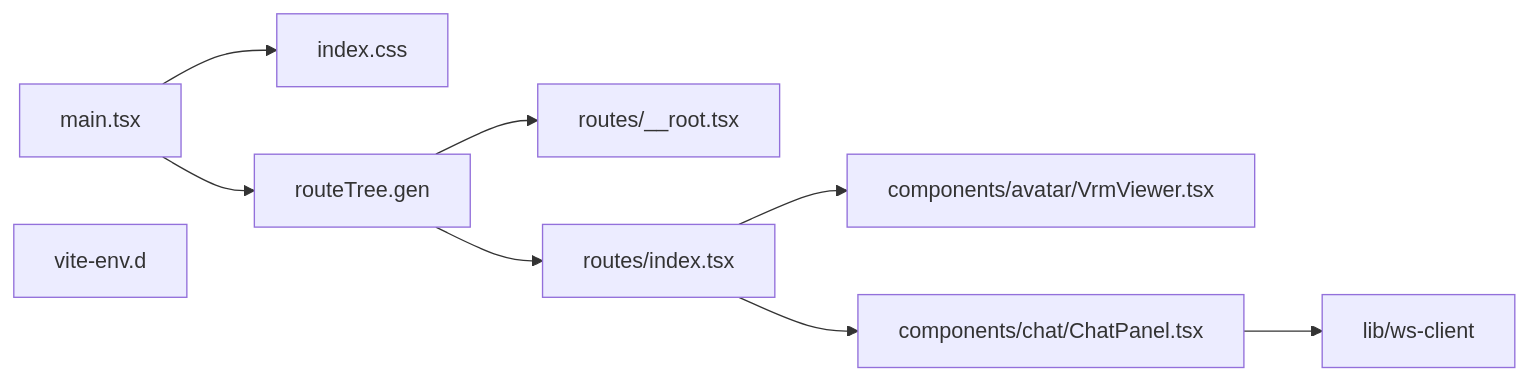
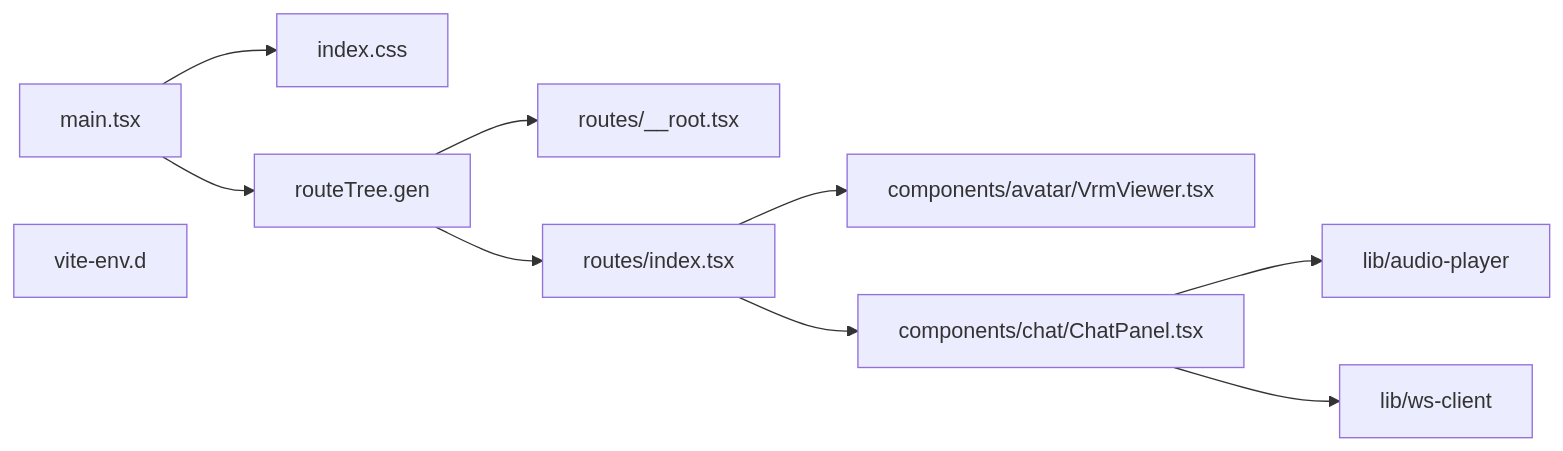
One commit to OJII3/vicissitude changed the diagram in apps/web/DEPS.md. Above: the diagram before and after it, drawn with Mermaid. The commit also changed other lines of this file and 4 other files, not shown here.

````diff
--- a/apps/web/DEPS.md
+++ b/apps/web/DEPS.md
@@ -7,15 +7,17 @@
 ```mermaid
 graph LR
   components_avatar_VrmViewer.tsx["components/avatar/VrmViewer.tsx"]
+  components_chat_ChatPanel.tsx["components/chat/ChatPanel.tsx"] --> lib_audio_player["lib/audio-player"]
   components_chat_ChatPanel.tsx["components/chat/ChatPanel.tsx"] --> lib_ws_client["lib/ws-client"]
   index.css
+  lib_audio_player["lib/audio-player"]
   lib_ws_client["lib/ws-client"]
   main.tsx --> index.css
   main.tsx --> routeTree.gen
   routeTree.gen --> routes___root.tsx["routes/__root.tsx"]
   routeTree.gen --> routes_index.tsx["routes/index.tsx"]
   routes___root.tsx["routes/__root.tsx"]
   routes_index.tsx["routes/index.tsx"] --> components_avatar_VrmViewer.tsx["components/avatar/VrmViewer.tsx"]
   routes_index.tsx["routes/index.tsx"] --> components_chat_ChatPanel.tsx["components/chat/ChatPanel.tsx"]
   vite_env.d["vite-env.d"]
 ```
````
